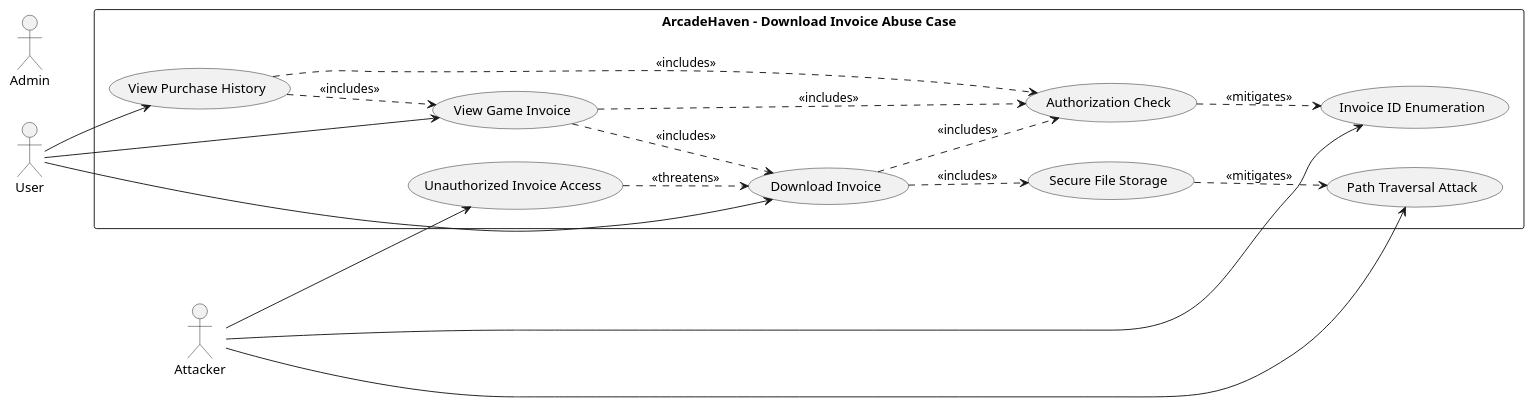
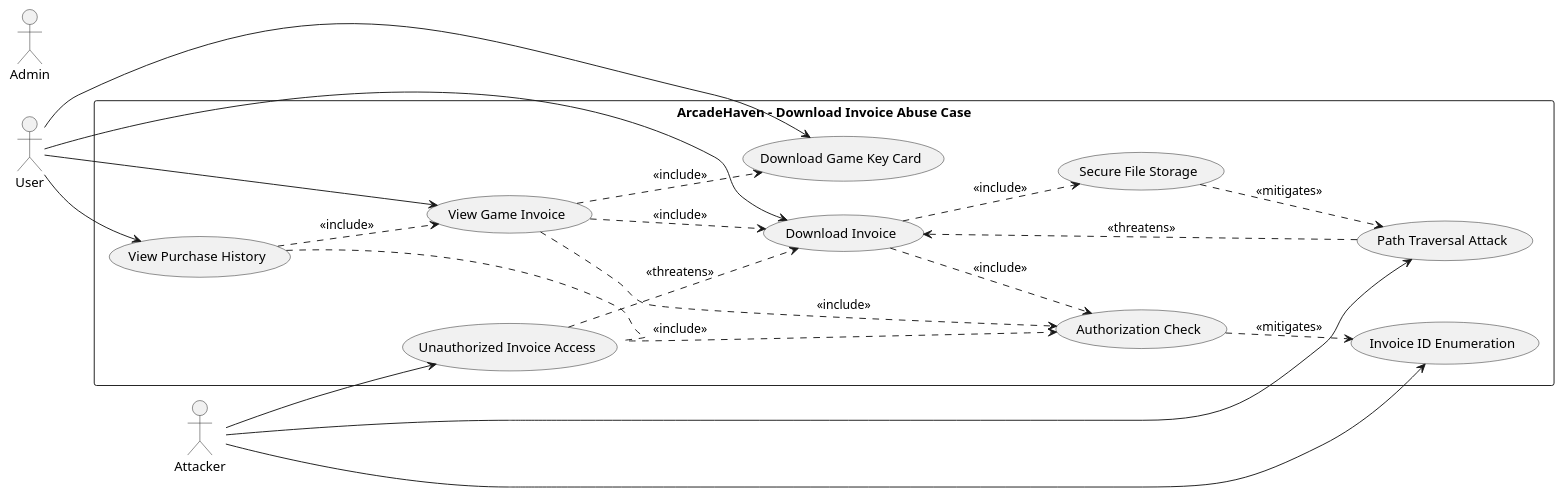
The diagram in Documentation/ThreatModeling/AbuseCases/v2/download-invoice-abuse-case.puml (mei-desofs/desofs2026-wed_nap_2), drawn with PlantUML before and after one commit. The commit also changed 11 other files, not shown here.

```diff
--- a/Documentation/ThreatModeling/AbuseCases/v2/download-invoice-abuse-case.puml
+++ b/Documentation/ThreatModeling/AbuseCases/v2/download-invoice-abuse-case.puml
@@ -1,35 +1,39 @@
 @startuml
 
 left to right direction
 skinparam packageStyle rectangle
 
 actor User
 actor Admin
 actor Attacker
 
 rectangle "ArcadeHaven - Download Invoice Abuse Case" {
 
   User --> (View Purchase History)
   User --> (View Game Invoice)
   User --> (Download Invoice)
+  User --> (Download Game Key Card)
 
   Attacker --> (Unauthorized Invoice Access)
   Attacker --> (Path Traversal Attack)
   Attacker --> (Invoice ID Enumeration)
 
-  (View Purchase History) ..> (View Game Invoice) : <<includes>>
-  (View Game Invoice) ..> (Download Invoice) : <<includes>>
+  (View Purchase History) ..> (View Game Invoice) : <<include>> 
+  (View Game Invoice) ..> (Download Invoice) : <<include>>
+  (View Game Invoice) ..> (Download Game Key Card) : <<include>>
 
-  (View Purchase History) ..> (Authorization Check) : <<includes>>
-  (View Game Invoice) ..> (Authorization Check) : <<includes>>
-  (Download Invoice) ..> (Authorization Check) : <<includes>>
-  (Download Invoice) ..> (Secure File Storage) : <<includes>>
+  (View Purchase History) ..> (Authorization Check) : <<include>>
+  (View Game Invoice) ..> (Authorization Check) : <<include>>
+  (Download Invoice) ..> (Authorization Check) : <<include>>
+  (Download Invoice) ..> (Secure File Storage) : <<include>>
 
   (Authorization Check) ..> (Invoice ID Enumeration) : <<mitigates>>
   (Secure File Storage) ..> (Path Traversal Attack) : <<mitigates>>
 
   (Unauthorized Invoice Access) ..> (Download Invoice) : <<threatens>>
 
+  (Path Traversal Attack) ..> (Download Invoice) : <<threatens>>
+
 }
 
 @enduml
```
